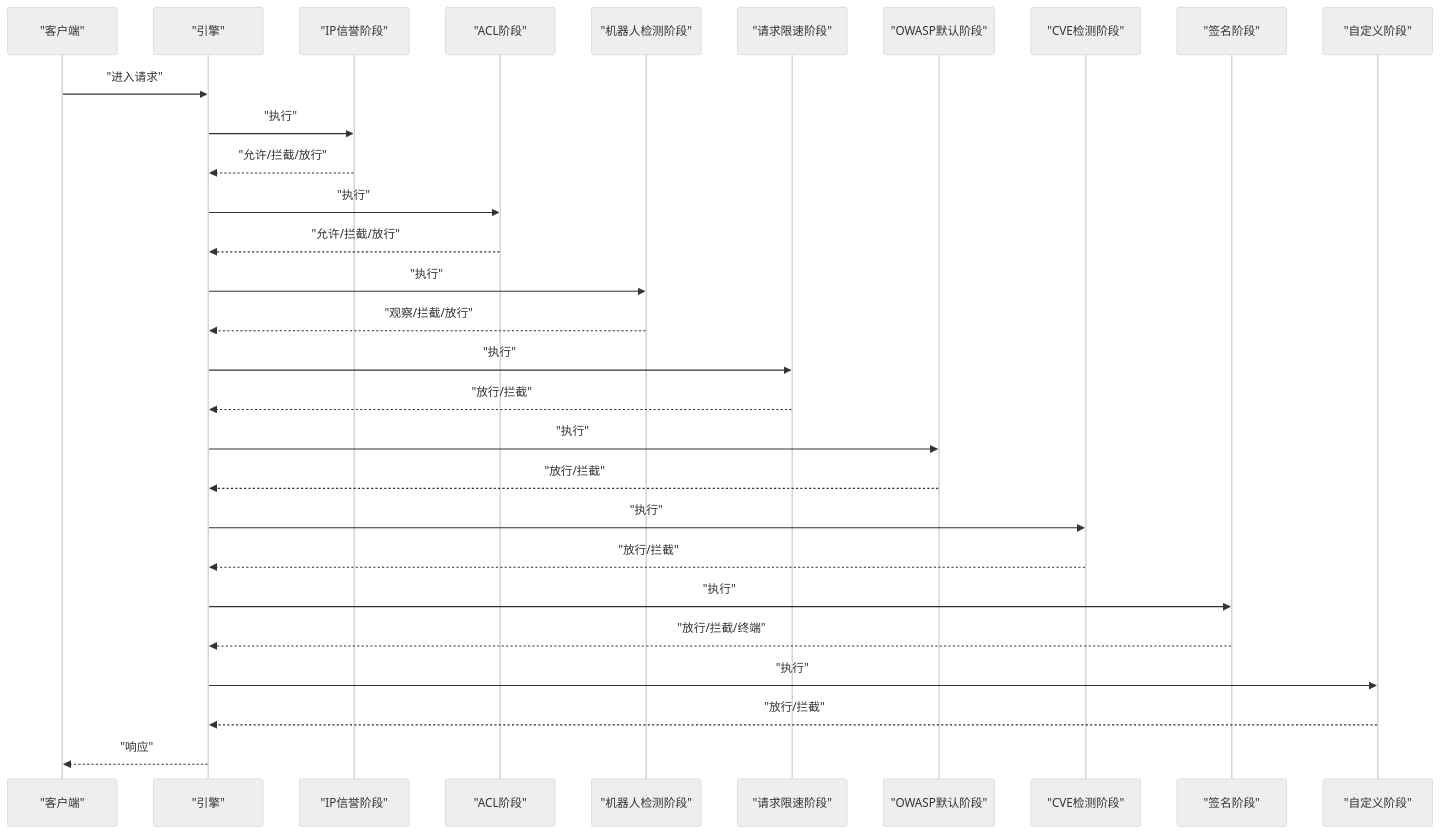
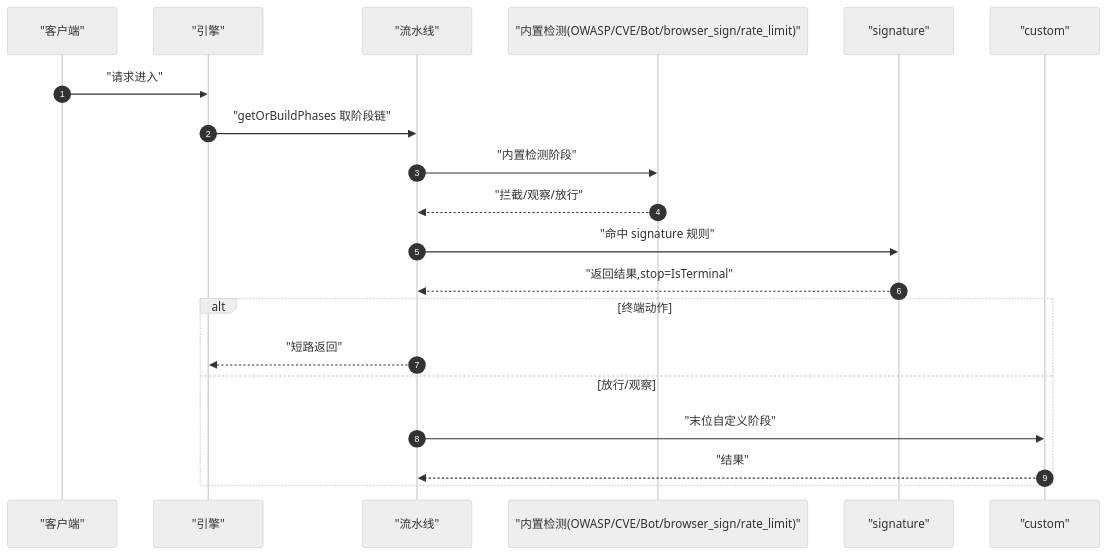
Before and after one commit to x01n/My-OpenWaf: the first of 4 diagrams in docs/WAF 引擎系统/处理阶段详解/签名检测阶段.md, drawn with Mermaid (neutral theme). The commit also changed other lines of this file and 622 other files, not shown here.

````diff
--- a/docs/WAF 引擎系统/处理阶段详解/签名检测阶段.md
+++ b/docs/WAF 引擎系统/处理阶段详解/签名检测阶段.md
@@ -89,31 +78,22 @@
 ```mermaid
 sequenceDiagram
-participant Client as "客户端"
-participant Engine as "引擎"
-participant IPRep as "IP信誉阶段"
-participant ACL as "ACL阶段"
-participant Bot as "机器人检测阶段"
-participant RL as "请求限速阶段"
-participant OWASP as "OWASP默认阶段"
-participant CVE as "CVE检测阶段"
-participant Sig as "签名阶段"
-participant Custom as "自定义阶段"
-Client->>Engine : "进入请求"
-Engine->>IPRep : "执行"
-IPRep-->>Engine : "允许/拦截/放行"
-Engine->>ACL : "执行"
-ACL-->>Engine : "允许/拦截/放行"
-Engine->>Bot : "执行"
-Bot-->>Engine : "观察/拦截/放行"
-Engine->>RL : "执行"
-RL-->>Engine : "放行/拦截"
-Engine->>OWASP : "执行"
-OWASP-->>Engine : "放行/拦截"
-Engine->>CVE : "执行"
-CVE-->>Engine : "放行/拦截"
-Engine->>Sig : "执行"
-Sig-->>Engine : "放行/拦截/终端"
-Engine->>Custom : "执行"
-Custom-->>Engine : "放行/拦截"
-Engine-->>Client : "响应"
+  autonumber
+  participant Client as "客户端"
+  participant Engine as "引擎"
+  participant Pipe as "流水线"
+  participant Det as "内置检测(OWASP/CVE/Bot/browser_sign/rate_limit)"
+  participant Sig as "signature"
+  participant Custom as "custom"
+  Client->>Engine : "请求进入"
+  Engine->>Pipe : "getOrBuildPhases 取阶段链"
+  Pipe->>Det : "内置检测阶段"
+  Det-->>Pipe : "拦截/观察/放行"
+  Pipe->>Sig : "命中 signature 规则"
+  Sig-->>Pipe : "返回结果,stop=IsTerminal"
+  alt 终端动作
+    Pipe-->>Engine : "短路返回"
+  else 放行/观察
+    Pipe->>Custom : "末位自定义阶段"
+    Custom-->>Pipe : "结果"
+  end
 ```
````
